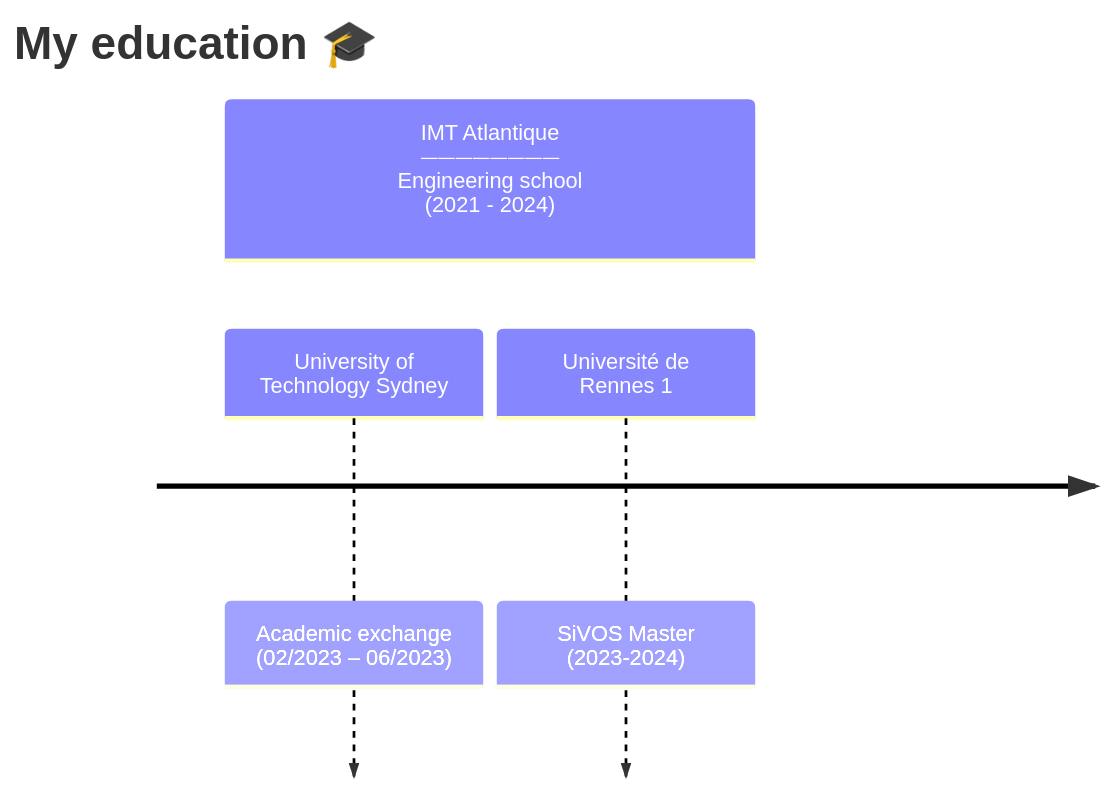
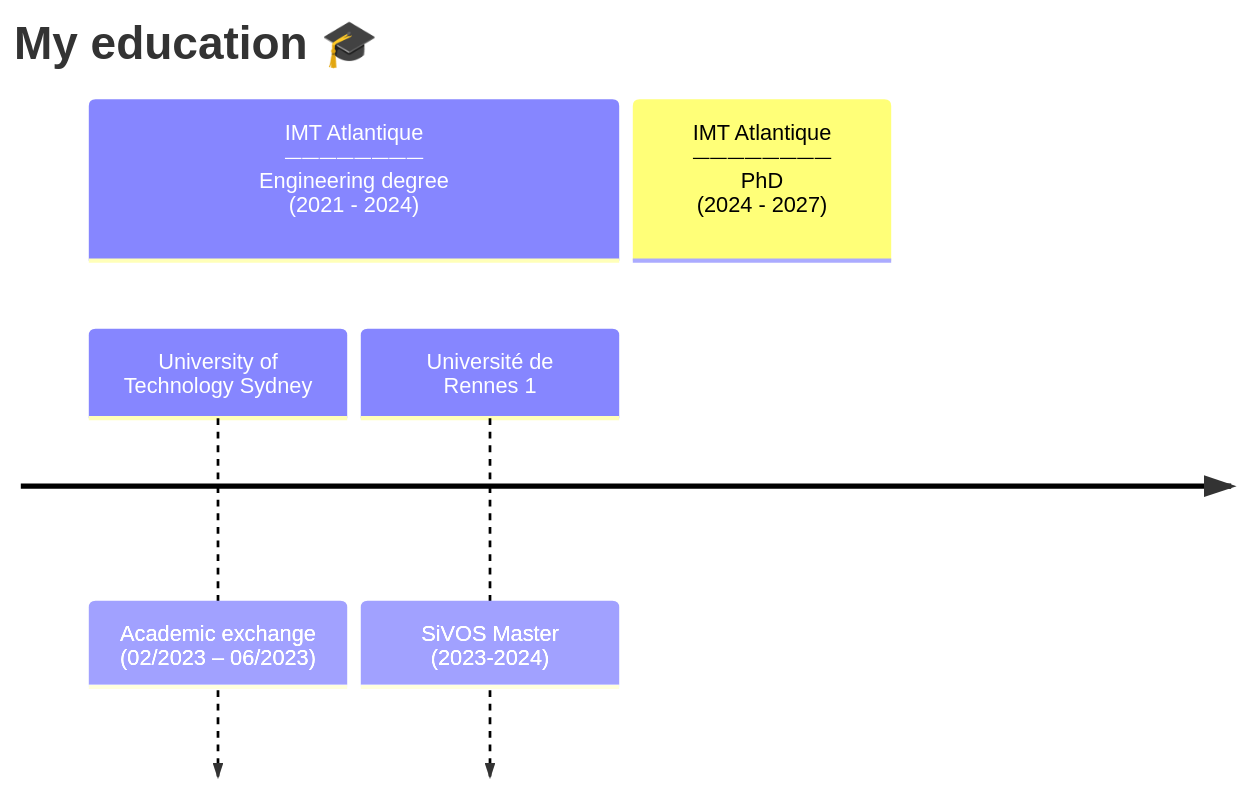
The diagram in README.md (jonathanlys01/jonathanlys01), drawn with Mermaid before and after one commit. The commit also changed other lines of this file, not shown here.

````diff
--- a/README.md
+++ b/README.md
@@ -43,7 +43,8 @@
 ```mermaid
     timeline
       title My education 🎓
-        section IMT Atlantique <br> ⏤⏤⏤⏤⏤⏤⏤⏤ <br> Engineering school <br> (2021 - 2024)
+        section IMT Atlantique <br> ⏤⏤⏤⏤⏤⏤⏤⏤ <br> Engineering degree <br> (2021 - 2024)
           University of Technology Sydney : Academic exchange <br> (02/2023 – 06/2023)
           Université de Rennes 1 : SiVOS Master <br> (2023-2024)
+        section IMT Atlantique <br> ⏤⏤⏤⏤⏤⏤⏤⏤ <br> PhD <br> (2024 - 2027)
 ```
````
